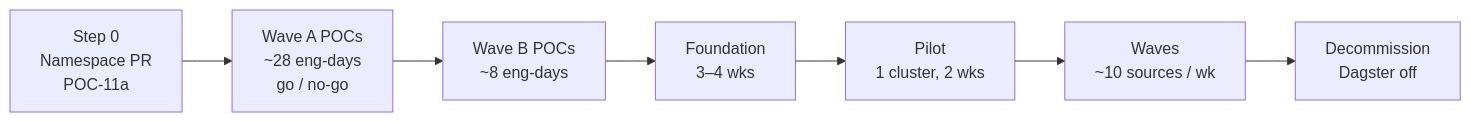
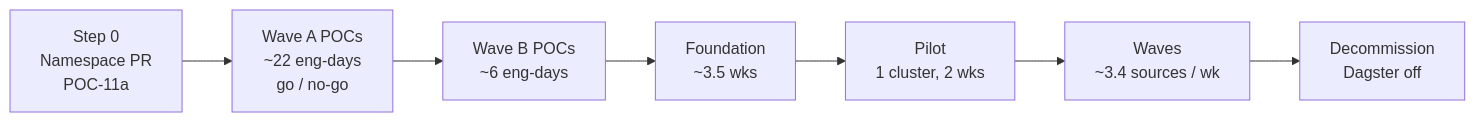
The second of 12 diagrams in docs/2-migration-plan.md (infroid/temporal-vs-dagster), drawn with Mermaid before and after one commit. The commit also changed other lines of this file and 3 other files, not shown here.

First line of the commit message:
Add effort and timeline estimates for every plan item (LLM-assisted)

````diff
--- a/docs/2-migration-plan.md
+++ b/docs/2-migration-plan.md
@@ -61,9 +62,9 @@
 ```mermaid
 flowchart LR
-  S0["Step 0<br/>Namespace PR<br/>POC-11a"] --> WA["Wave A POCs<br/>~28 eng-days<br/>go / no-go"]
-  WA --> WB["Wave B POCs<br/>~8 eng-days"]
-  WB --> F["Foundation<br/>3–4 wks"]
+  S0["Step 0<br/>Namespace PR<br/>POC-11a"] --> WA["Wave A POCs<br/>~22 eng-days<br/>go / no-go"]
+  WA --> WB["Wave B POCs<br/>~6 eng-days"]
+  WB --> F["Foundation<br/>~3.5 wks"]
   F --> P["Pilot<br/>1 cluster, 2 wks"]
-  P --> W["Waves<br/>~10 sources / wk"]
+  P --> W["Waves<br/>~3.4 sources / wk"]
   W --> D["Decommission<br/>Dagster off"]
 ```
````
